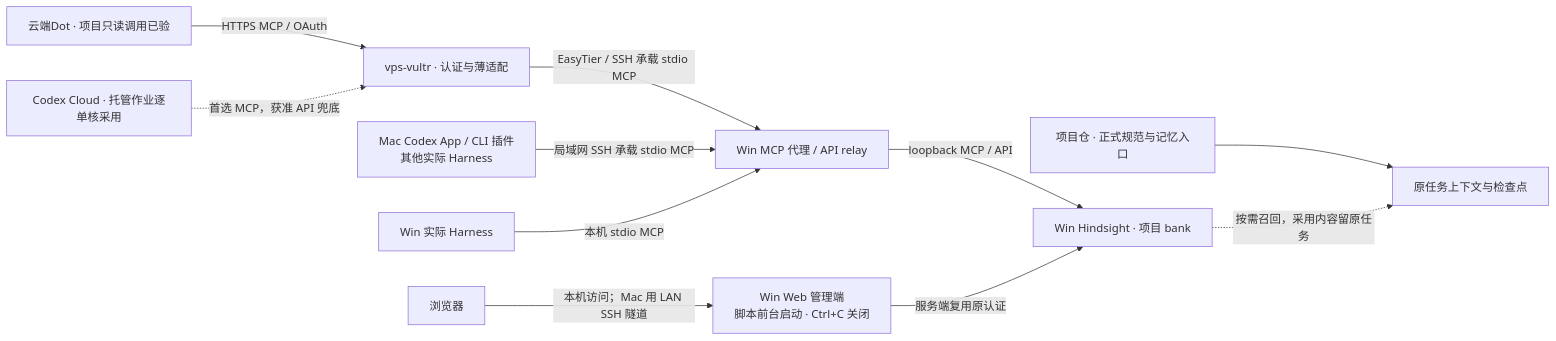
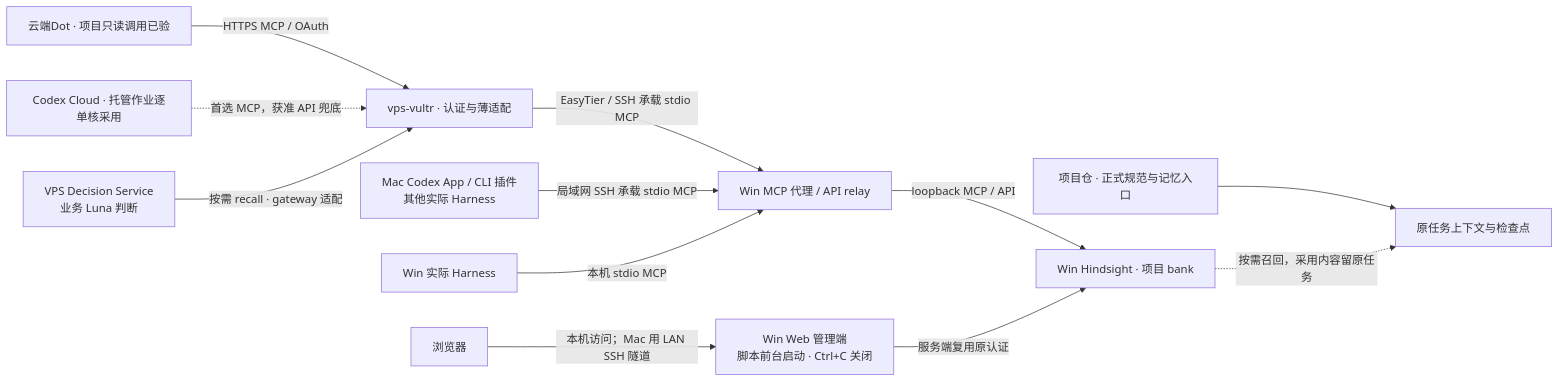
The fourth of 4 diagrams in docs/architecture.md (CF-FE/herdr-4-codexcloud), drawn with Mermaid before and after one commit. The commit also changed other lines of this file and 16 other files, not shown here.

Commit message:
docs: align architecture and model policy adoption boundaries

````diff
--- a/docs/architecture.md
+++ b/docs/architecture.md
@@ -104,13 +144,14 @@
 ```mermaid
 flowchart LR
     D["云端Dot · 项目只读调用已验"] -->|"HTTPS MCP / OAuth"| V["vps-vultr · 认证与薄适配"]
     C["Codex Cloud · 托管作业逐单核采用"] -.->|"首选 MCP，获准 API 兜底"| V
+    DS["VPS Decision Service<br/>业务 Luna 判断"] -->|"按需 recall · gateway 适配"| V
     V -->|"EasyTier / SSH 承载 stdio MCP"| M["Win MCP 代理 / API relay"]
     A["Mac Codex App / CLI 插件<br/>其他实际 Harness"] -->|"局域网 SSH 承载 stdio MCP"| M
     W["Win 实际 Harness"] -->|"本机 stdio MCP"| M
     M -->|"loopback MCP / API"| H["Win Hindsight · 项目 bank"]
     B["浏览器"] -->|"本机访问；Mac 用 LAN SSH 隧道"| UI["Win Web 管理端<br/>脚本前台启动 · Ctrl+C 关闭"]
     UI -->|"服务端复用原认证"| H
     R["项目仓 · 正式规范与记忆入口"] --> T["原任务上下文与检查点"]
     H -."按需召回，采用内容留原任务".-> T
 ```
````
